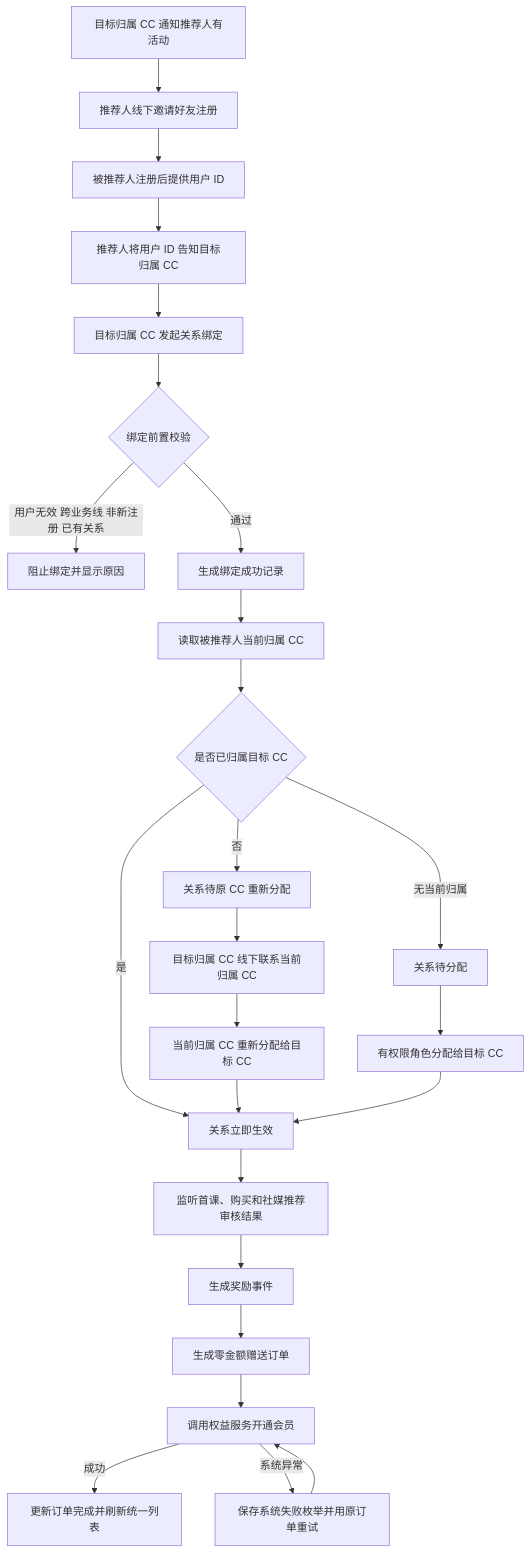
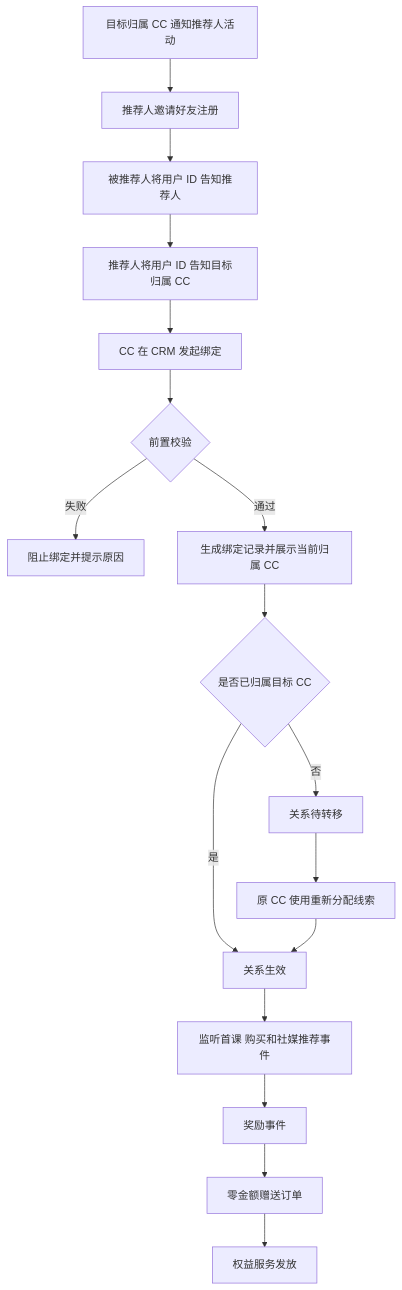
Before and after one commit to h3-ai-lab/hhhprd: the first of 2 diagrams in projects/referral-growth-mvp/prd/PRD.md, drawn with Mermaid. The commit also changed other lines of this file and 3 other files, not shown here.

````diff
--- a/projects/referral-growth-mvp/prd/PRD.md
+++ b/projects/referral-growth-mvp/prd/PRD.md
@@ -66,27 +59,19 @@
 ```mermaid
 flowchart TD
-    notify[目标归属 CC 通知推荐人有活动] --> invite[推荐人线下邀请好友注册]
-    invite --> detail[被推荐人注册后提供用户 ID]
-    detail --> submit[推荐人将用户 ID 告知目标归属 CC]
-    submit --> bind[目标归属 CC 发起关系绑定]
-    bind --> validate{绑定前置校验}
-    validate -->|用户无效 跨业务线 非新注册 已有关系| reject[阻止绑定并显示原因]
-    validate -->|通过| record[生成绑定成功记录]
-    record --> current[读取被推荐人当前归属 CC]
-    current --> same{是否已归属目标 CC}
-    same -->|是| active[关系立即生效]
-    same -->|否| pending[关系待原 CC 重新分配]
-    same -->|无当前归属| unassigned[关系待分配]
-    pending --> contact[目标归属 CC 线下联系当前归属 CC]
-    contact --> reassign[当前归属 CC 重新分配给目标 CC]
-    unassigned --> manager[有权限角色分配给目标 CC]
-    reassign --> active
-    manager --> active
-    active --> events[监听首课、购买和社媒推荐审核结果]
-    events --> reward[生成奖励事件]
-    reward --> gift[生成零金额赠送订单]
-    gift --> issue[调用权益服务开通会员]
-    issue -->|成功| done[更新订单完成并刷新统一列表]
-    issue -->|系统异常| retry[保存系统失败枚举并用原订单重试]
-    retry --> issue
+    A[目标归属 CC 通知推荐人活动] --> B[推荐人邀请好友注册]
+    B --> C[被推荐人将用户 ID 告知推荐人]
+    C --> D[推荐人将用户 ID 告知目标归属 CC]
+    D --> E[CC 在 CRM 发起绑定]
+    E --> F{前置校验}
+    F -->|失败| G[阻止绑定并提示原因]
+    F -->|通过| H[生成绑定记录并展示当前归属 CC]
+    H --> I{是否已归属目标 CC}
+    I -->|是| J[关系生效]
+    I -->|否| K[关系待转移]
+    K --> L[原 CC 使用重新分配线索]
+    L --> J
+    J --> M[监听首课 购买和社媒推荐事件]
+    M --> N[奖励事件]
+    N --> O[零金额赠送订单]
+    O --> P[权益服务发放]
 ```
````
